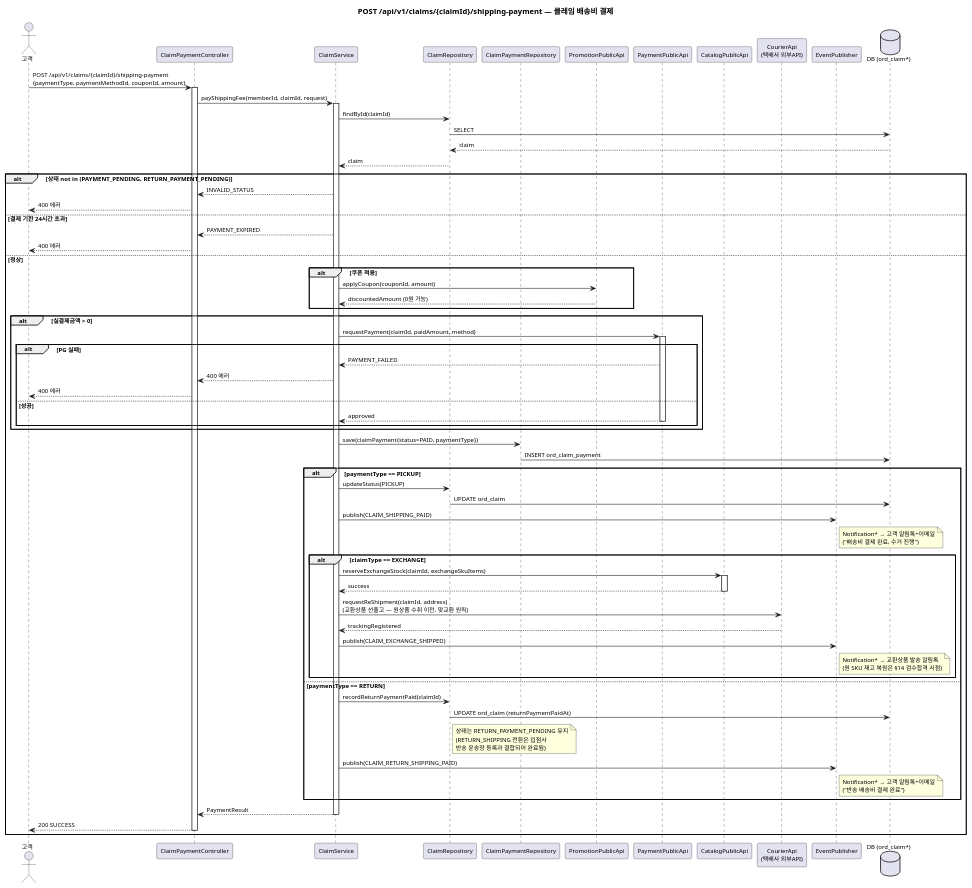
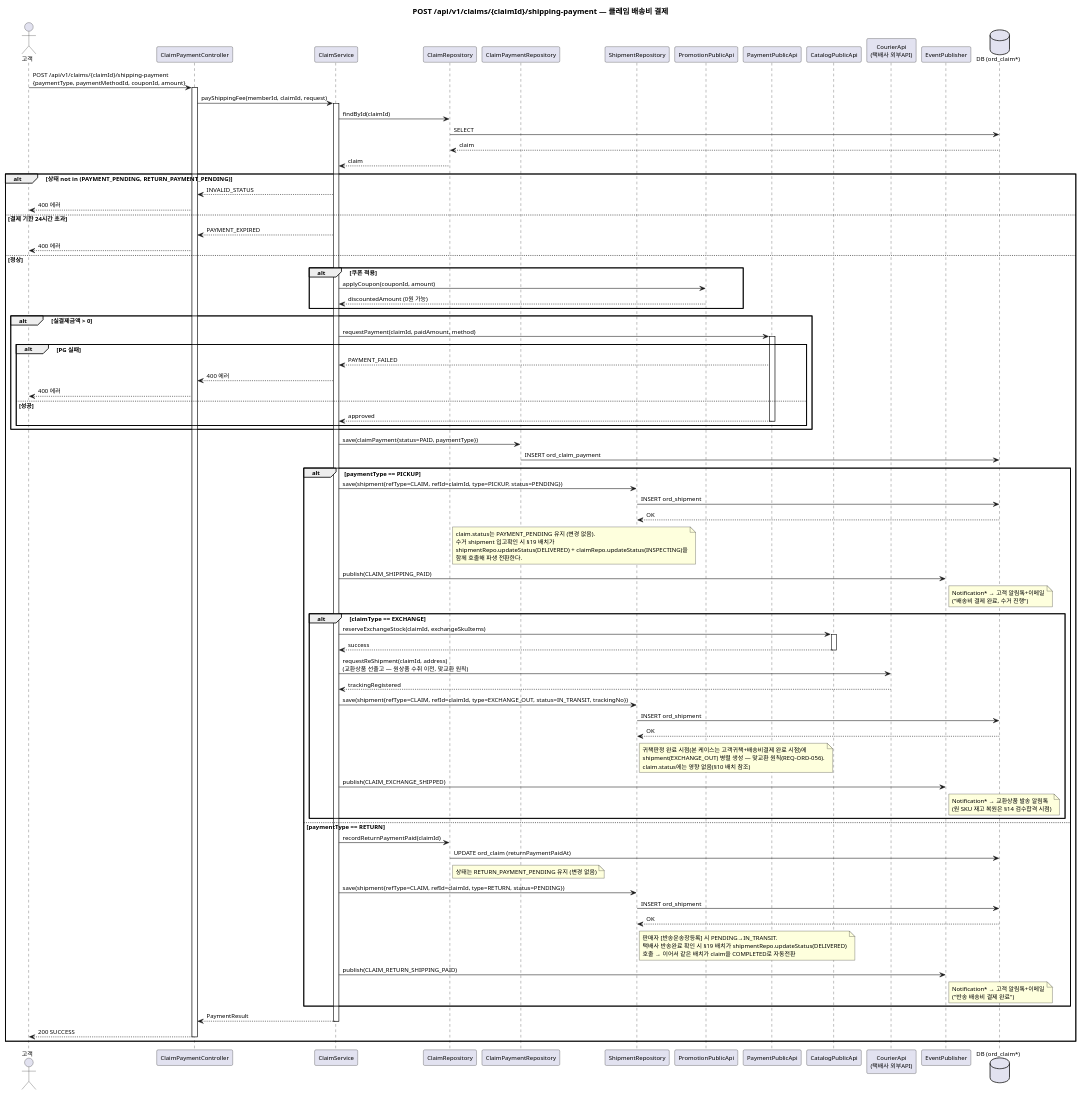
One commit to parknahyun/runNShop changed diagram 15 of 26 in docs/자산화-단계별/S3-상세설계/16-시퀀스(Order-Payment).md. Above: the diagram before and after it, drawn with PlantUML. The commit also changed other lines of this file and 14 other files, not shown here.

```diff
--- a/docs/자산화-단계별/S3-상세설계/16-시퀀스(Order-Payment).md
+++ b/docs/자산화-단계별/S3-상세설계/16-시퀀스(Order-Payment).md
@@ -595,6 +765,7 @@
 participant "ClaimService" as CS
 participant "ClaimRepository" as CR
 participant "ClaimPaymentRepository" as CPR
+participant "ShipmentRepository" as SR
 participant "PromotionPublicApi" as PROMO
 participant "PaymentPublicApi" as PAY
 participant "CatalogPublicApi" as CAT
@@ -643,8 +814,10 @@
   CPR -> DB : INSERT ord_claim_payment
 
   alt paymentType == PICKUP
-    CS -> CR : updateStatus(PICKUP)
-    CR -> DB : UPDATE ord_claim
+    CS -> SR : save(shipment{refType=CLAIM, refId=claimId, type=PICKUP, status=PENDING})
+    SR -> DB : INSERT ord_shipment
+    DB --> SR : OK
+    note right of CR: claim.status는 PAYMENT_PENDING 유지 (변경 없음).\n수거 shipment 입고확인 시 §19 배치가\nshipmentRepo.updateStatus(DELIVERED) + claimRepo.updateStatus(INSPECTING)을\n함께 호출해 파생 전환한다.
 
     CS -> EP : publish(CLAIM_SHIPPING_PAID)
     note right of EP: Notification* → 고객 알림톡+이메일\n("배송비 결제 완료, 수거 진행")
@@ -658,13 +831,23 @@
       CS -> Courier : requestReShipment(claimId, address)\n(교환상품 선출고 — 원상품 수취 이전, 맞교환 원칙)
       Courier --> CS : trackingRegistered
 
+      CS -> SR : save(shipment{refType=CLAIM, refId=claimId, type=EXCHANGE_OUT, status=IN_TRANSIT, trackingNo})
+      SR -> DB : INSERT ord_shipment
+      DB --> SR : OK
+      note right of SR: 귀책판정 완료 시점(본 케이스는 고객귀책+배송비결제 완료 시점)에\nshipment(EXCHANGE_OUT) 병렬 생성 — 맞교환 원칙(REQ-ORD-056).\nclaim.status에는 영향 없음(§10 배치 참조)
+
       CS -> EP : publish(CLAIM_EXCHANGE_SHIPPED)
       note right of EP: Notification* → 교환상품 발송 알림톡\n(원 SKU 재고 복원은 §14 검수합격 시점)
     end
   else paymentType == RETURN
     CS -> CR : recordReturnPaymentPaid(claimId)
     CR -> DB : UPDATE ord_claim (returnPaymentPaidAt)
-    note right of CR: 상태는 RETURN_PAYMENT_PENDING 유지\n(RETURN_SHIPPING 전환은 입점사\n반송 운송장 등록과 결합되어 완료됨)
+    note right of CR: 상태는 RETURN_PAYMENT_PENDING 유지 (변경 없음)
+
+    CS -> SR : save(shipment{refType=CLAIM, refId=claimId, type=RETURN, status=PENDING})
+    SR -> DB : INSERT ord_shipment
+    DB --> SR : OK
+    note right of SR: 판매자 [반송운송장등록] 시 PENDING→IN_TRANSIT.\n택배사 반송완료 확인 시 §19 배치가 shipmentRepo.updateStatus(DELIVERED)\n호출 → 이어서 같은 배치가 claim을 COMPLETED로 자동전환
 
     CS -> EP : publish(CLAIM_RETURN_SHIPPING_PAID)
     note right of EP: Notification* → 고객 알림톡+이메일\n("반송 배송비 결제 완료")
```
